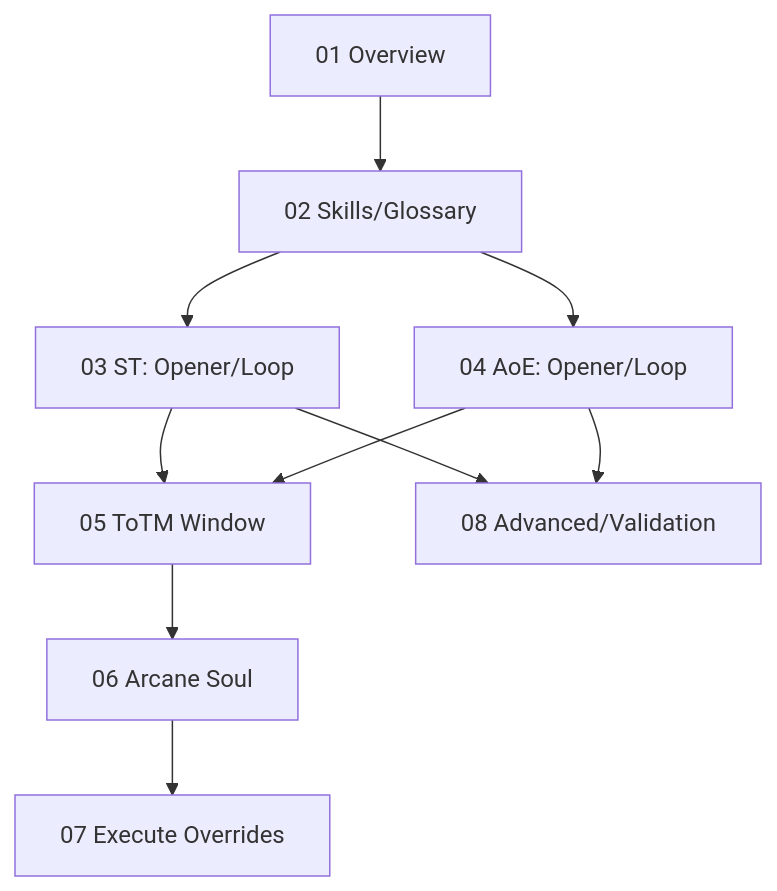
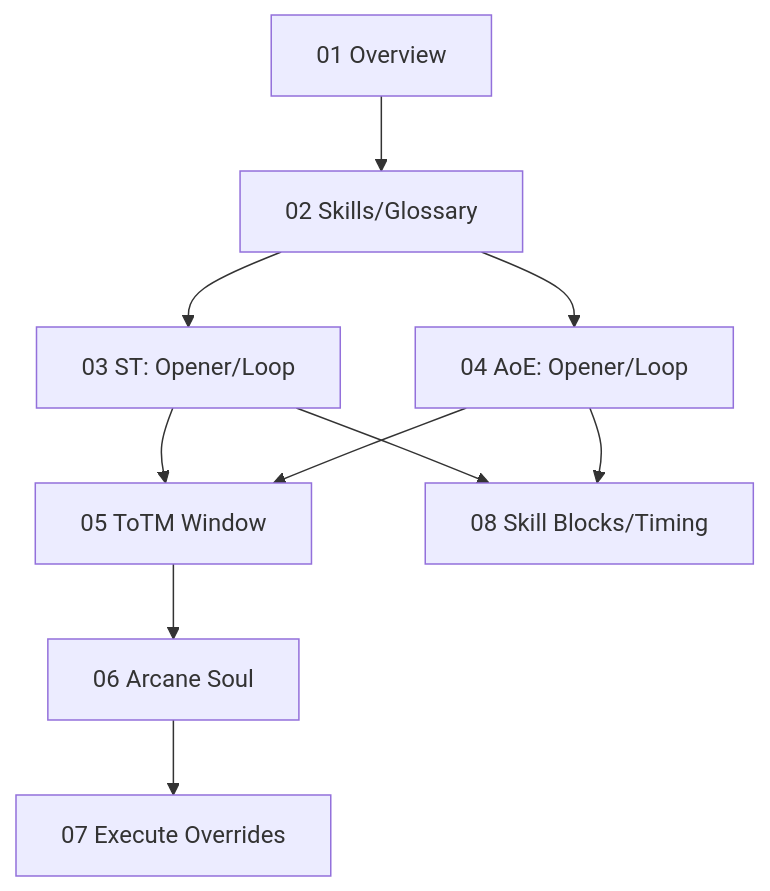
One commit to invisible0000/WoW_Arcane_Dealcycle changed the diagram in 01-README-Overview.md. Above: the diagram before and after it, drawn with Mermaid. The commit also changed other lines of this file and 6 other files, not shown here.

Commit message:
## 문서 전체 gpt-5로 개선 - 마크다운 린트 에러 수정 - 머메이드 플로우 차트 에러 수정 - 스킬 표시 형식 수정 - 부족한 플로우 차트 추가

`````diff
--- a/01-README-Overview.md
+++ b/01-README-Overview.md
@@ -101,12 +101,12 @@
 ```mermaid
 flowchart TD
   A[01 Overview] --> B[02 Skills/Glossary]
   B --> C[03 ST: Opener/Loop]
   B --> D[04 AoE: Opener/Loop]
   C --> E[05 ToTM Window]
   D --> E
   E --> F[06 Arcane Soul]
   F --> G[07 Execute Overrides]
-  C --> H[08 Advanced/Validation]
+  C --> H[08 Skill Blocks/Timing]
   D --> H
 ````
`````
